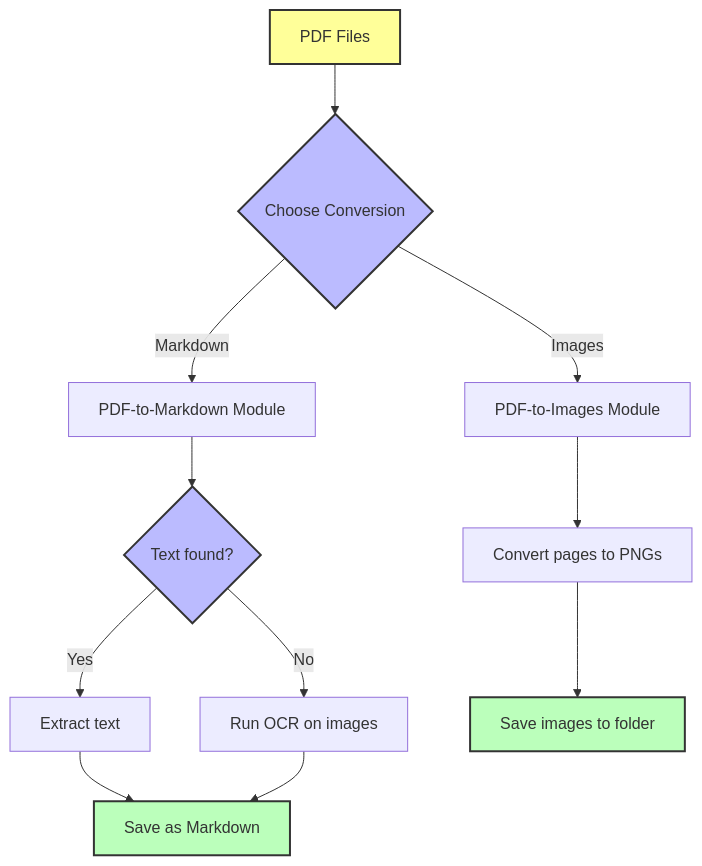
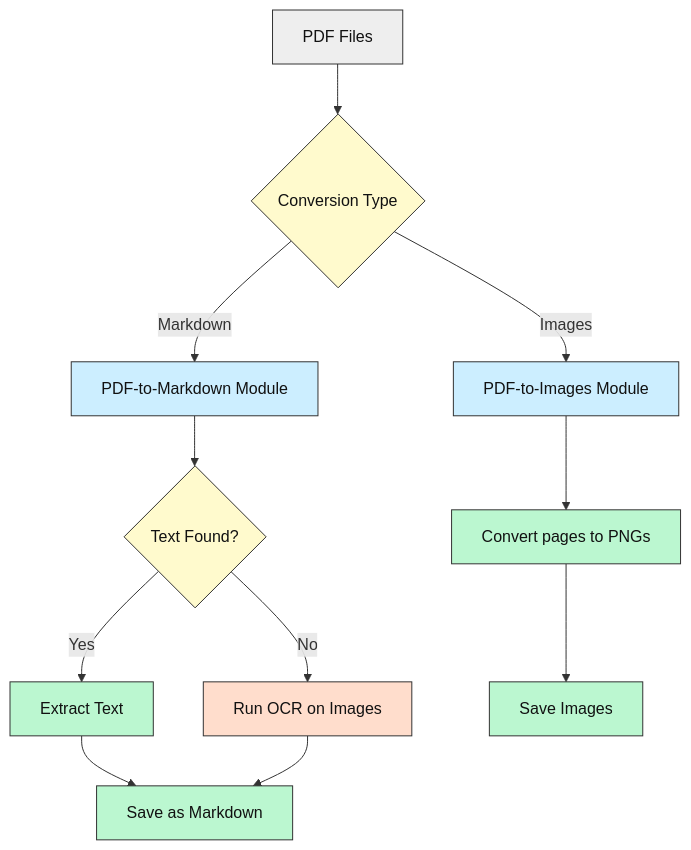
Before and after one commit to Mindrocket42/CluelessCodersToolBox: the first of 2 diagrams in Document-Format-Converters/README.md, drawn with Mermaid. The commit also changed other lines of this file and 3 other files, not shown here.

First line of the commit message:
fix mermaid contrast

````diff
--- a/Document-Format-Converters/README.md
+++ b/Document-Format-Converters/README.md
@@ -101,18 +76,24 @@
 ```mermaid
 flowchart TD
-    A[PDF Files] --> B{Choose Conversion}
+    A[PDF Files] --> B{Conversion Type}
     B -->|Images| C[PDF-to-Images Module]
     B -->|Markdown| D[PDF-to-Markdown Module]
     C --> E[Convert pages to PNGs]
-    D --> F{Text found?}
-    F -->|Yes| G[Extract text]
-    F -->|No| H[Run OCR on images]
+    D --> F{Text Found?}
+    F -->|Yes| G[Extract Text]
+    F -->|No| H[Run OCR on Images]
     G --> I[Save as Markdown]
     H --> I
-    E --> J[Save images to folder]
-    style A fill:#ff9,stroke:#333,stroke-width:2px
-    style B fill:#bbf,stroke:#333,stroke-width:2px
-    style F fill:#bbf,stroke:#333,stroke-width:2px
-    style I fill:#bfb,stroke:#333,stroke-width:2px
-    style J fill:#bfb,stroke:#333,stroke-width:2px
+    E --> J[Save Images]
+
+    style A fill:#eeeeee,stroke:#333333,color:#111111
+    style B fill:#fffacd,stroke:#333333,color:#111111
+    style C fill:#cceeff,stroke:#333333,color:#111111
+    style D fill:#cceeff,stroke:#333333,color:#111111
+    style E fill:#bbf7d0,stroke:#333333,color:#111111
+    style F fill:#fffacd,stroke:#333333,color:#111111
+    style G fill:#bbf7d0,stroke:#333333,color:#111111
+    style H fill:#ffddcc,stroke:#333333,color:#111111
+    style I fill:#bbf7d0,stroke:#333333,color:#111111
+    style J fill:#bbf7d0,stroke:#333333,color:#111111
 ```
````
